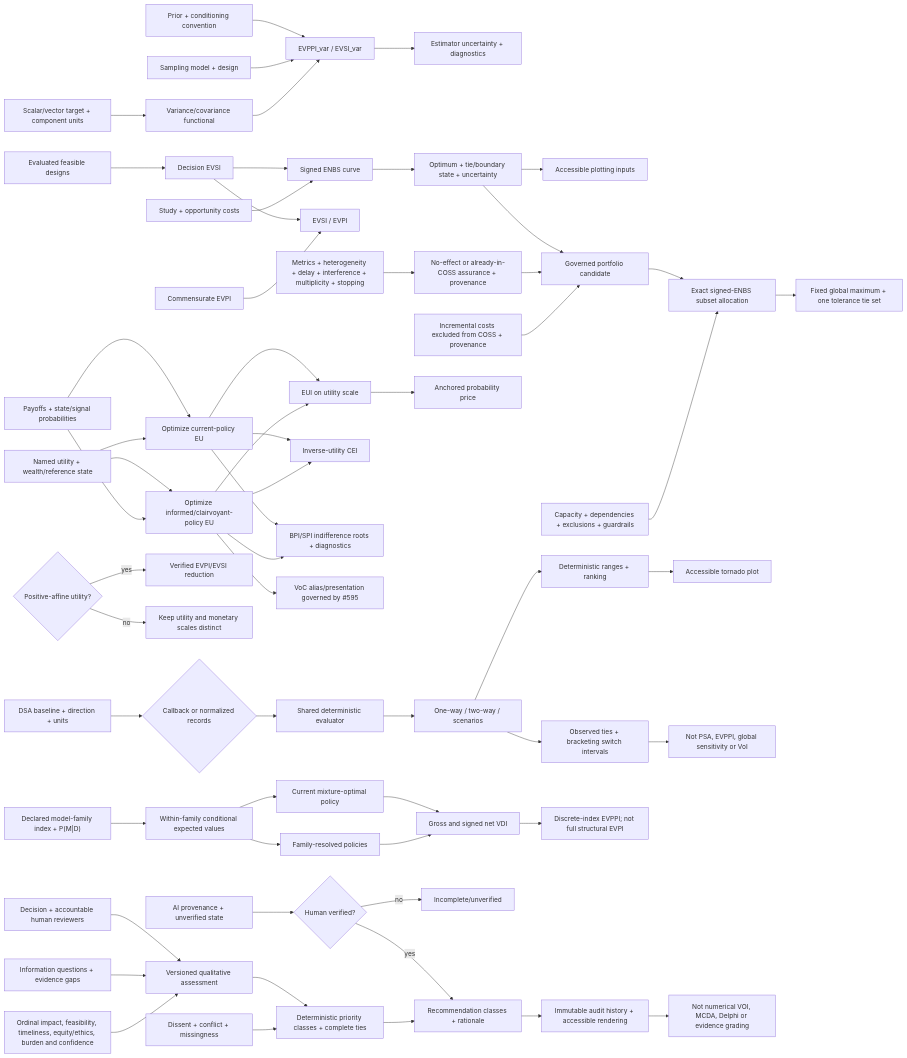
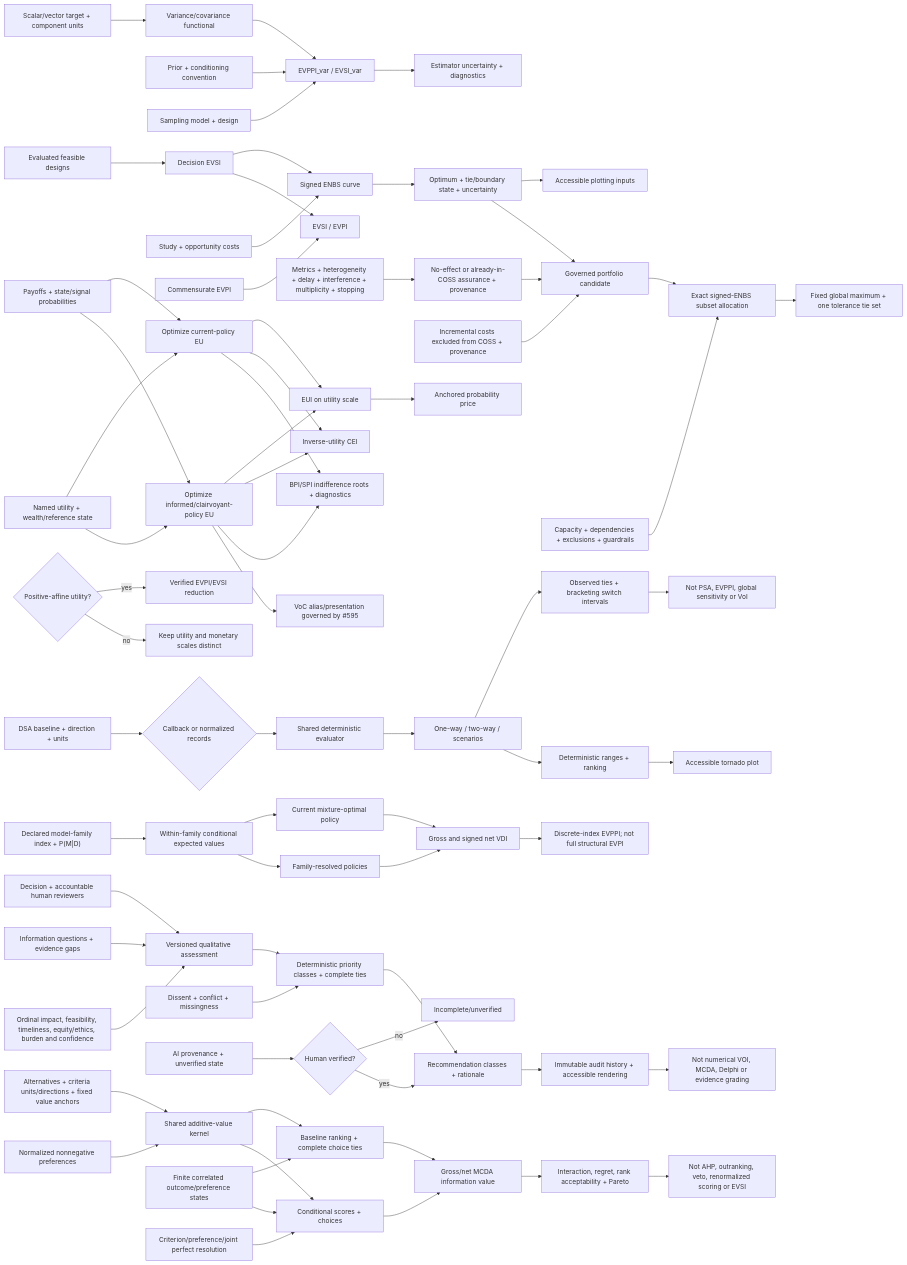
One commit to edithatogo/voiage changed the third of 7 diagrams in conductor/design.md. Above: the diagram before and after it, drawn with Mermaid. The commit also changed 57 other files, not shown here.

First line of the commit message:
feat: add finite additive MCDA information value (#751)

````diff
--- a/conductor/design.md
+++ b/conductor/design.md
@@ -44,65 +44,77 @@
 ```mermaid
 flowchart LR
     Target["Scalar/vector target + component units"] --> Functional["Variance/covariance functional"]
     Conditioning["Prior + conditioning convention"] --> Estimation["EVPPI_var / EVSI_var"]
     Sampling["Sampling model + design"] --> Estimation
     Functional --> Estimation
     Estimation --> Assurance["Estimator uncertainty + diagnostics"]
 
     Designs["Evaluated feasible designs"] --> EVSI["Decision EVSI"]
     EVSI --> ENBS["Signed ENBS curve"]
     Costs["Study + opportunity costs"] --> ENBS
     ENBS --> COSS["Optimum + tie/boundary state + uncertainty"]
     COSS --> Plot["Accessible plotting inputs"]
     EVSI --> Ratio["EVSI / EVPI"]
     EVPI["Commensurate EVPI"] --> Ratio
     COSS --> Candidate["Governed portfolio candidate"]
     PortfolioSemantics["Metrics + heterogeneity + delay + interference + multiplicity + stopping"] --> AssuranceDeclaration["No-effect or already-in-COSS assurance + provenance"]
     AssuranceDeclaration --> Candidate
     DisjointCosts["Incremental costs excluded from COSS + provenance"] --> Candidate
     Candidate --> Portfolio["Exact signed-ENBS subset allocation"]
     PortfolioConstraints["Capacity + dependencies + exclusions + guardrails"] --> Portfolio
     Portfolio --> GlobalTieSet["Fixed global maximum + one tolerance tie set"]
 
     Payoffs["Payoffs + state/signal probabilities"] --> CurrentEU["Optimize current-policy EU"]
     Utility["Named utility + wealth/reference state"] --> CurrentEU
     Utility --> InformedEU["Optimize informed/clairvoyant-policy EU"]
     Payoffs --> InformedEU
     CurrentEU --> EUI["EUI on utility scale"]
     InformedEU --> EUI
     CurrentEU --> CEI["Inverse-utility CEI"]
     InformedEU --> CEI
     CurrentEU --> Roots["BPI/SPI indifference roots + diagnostics"]
     InformedEU --> Roots
     EUI --> PPI["Anchored probability price"]
     InformedEU --> VoC["VoC alias/presentation governed by #595"]
     Affine{"Positive-affine utility?"} -->|yes| Monetary["Verified EVPI/EVSI reduction"]
     Affine -->|no| DistinctScale["Keep utility and monetary scales distinct"]
 
     DSABaseline["DSA baseline + direction + units"] --> DSAAdapter{"Callback or normalized records"}
     DSAAdapter --> DSAEvaluator["Shared deterministic evaluator"]
     DSAEvaluator --> DSASurfaces["One-way / two-way / scenarios"]
     DSASurfaces --> DSASwitches["Observed ties + bracketing switch intervals"]
     DSASurfaces --> DSARanking["Deterministic ranges + ranking"]
     DSARanking --> DSATornado["Accessible tornado plot"]
     DSASwitches --> DSABoundary["Not PSA, EVPPI, global sensitivity or VoI"]
 
     ModelFamilies["Declared model-family index + P(M|D)"] --> FamilyValues["Within-family conditional expected values"]
     FamilyValues --> CurrentFamilyPolicy["Current mixture-optimal policy"]
     FamilyValues --> ResolvedFamilyPolicies["Family-resolved policies"]
     CurrentFamilyPolicy --> FamilyVDI["Gross and signed net VDI"]
     ResolvedFamilyPolicies --> FamilyVDI
     FamilyVDI --> FamilyBoundary["Discrete-index EVPPI; not full structural EVPI"]
 
     QualDecision["Decision + accountable human reviewers"] --> QualAssessment["Versioned qualitative assessment"]
     QualGaps["Information questions + evidence gaps"] --> QualAssessment
     QualJudgements["Ordinal impact, feasibility, timeliness, equity/ethics, burden and confidence"] --> QualAssessment
     QualAssessment --> QualPriority["Deterministic priority classes + complete ties"]
     QualDissent["Dissent + conflict + missingness"] --> QualPriority
     QualAI["AI provenance + unverified state"] --> QualHuman{"Human verified?"}
     QualHuman -->|no| QualIncomplete["Incomplete/unverified"]
     QualHuman -->|yes| QualResult["Recommendation classes + rationale"]
     QualPriority --> QualResult
     QualResult --> QualAudit["Immutable audit history + accessible rendering"]
     QualAudit --> QualBoundary["Not numerical VOI, MCDA, Delphi or evidence grading"]
+
+    MCDAInputs["Alternatives + criteria units/directions + fixed value anchors"] --> MCDAKernel["Shared additive-value kernel"]
+    MCDAWeights["Normalized nonnegative preferences"] --> MCDAKernel
+    MCDAJoint["Finite correlated outcome/preference states"] --> MCDACurrent["Baseline ranking + complete choice ties"]
+    MCDAKernel --> MCDACurrent
+    MCDAActions["Criterion/preference/joint perfect resolution"] --> MCDAConditional["Conditional scores + choices"]
+    MCDAJoint --> MCDAConditional
+    MCDAKernel --> MCDAConditional
+    MCDACurrent --> MCDAVOI["Gross/net MCDA information value"]
+    MCDAConditional --> MCDAVOI
+    MCDAVOI --> MCDADiagnostics["Interaction, regret, rank acceptability + Pareto"]
+    MCDADiagnostics --> MCDABoundary["Not AHP, outranking, veto, renormalized scoring or EVSI"]
 ```
````
